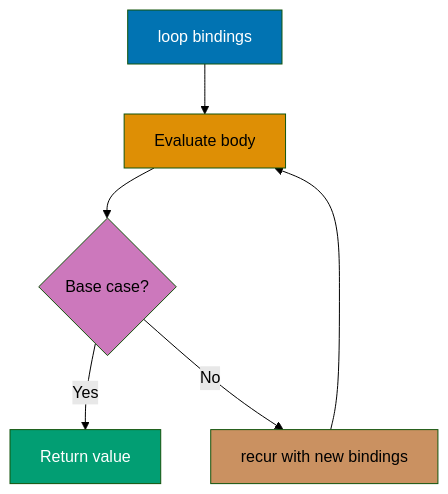
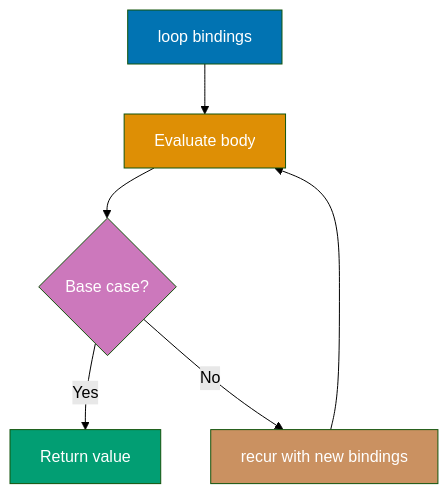
One commit to wahidyankf/open-sharia-enterprise changed the fourth of 8 diagrams in apps/ayokoding-web/content/en/learn/software-engineering/programming-languages/clojure/by-example/beginner.md. Above: the diagram before and after it, drawn with Mermaid (forest theme). The commit also changed other lines of this file and 61 other files, not shown here.

First line of the commit message:
fix(ayokoding-web): quote Mermaid node labels with special characters in Example 63

````diff
--- a/apps/ayokoding-web/content/en/learn/software-engineering/programming-languages/clojure/by-example/beginner.md
+++ b/apps/ayokoding-web/content/en/learn/software-engineering/programming-languages/clojure/by-example/beginner.md
@@ -529,15 +529,15 @@
 ```mermaid
 %% Recursion with recur
 graph TD
     A[loop bindings] --> B[Evaluate body]
     B --> C{Base case?}
     C -->|Yes| D[Return value]
     C -->|No| E[recur with new bindings]
     E --> B
 
     style A fill:#0173B2,color:#fff
-    style B fill:#DE8F05,color:#000
-    style C fill:#CC78BC,color:#000
+    style B fill:#DE8F05,color:#fff
+    style C fill:#CC78BC,color:#fff
     style D fill:#029E73,color:#fff
-    style E fill:#CA9161,color:#000
+    style E fill:#CA9161,color:#fff
 ```
````
